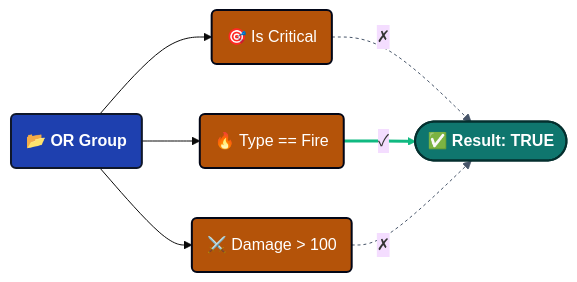
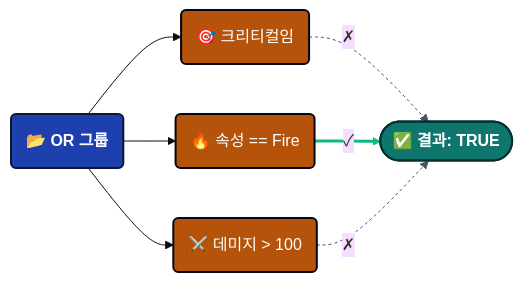
The second of 5 diagrams in i18n/ko/docusaurus-plugin-content-docs/current/game-event-system/visual-workflow/visual-condition-tree.md (tinygiants-tech/TinyGiants), drawn with Mermaid (base theme) before and after one commit. The commit also changed other lines of this file and 81 other files, not shown here.

````diff
--- a/i18n/ko/docusaurus-plugin-content-docs/current/game-event-system/visual-workflow/visual-condition-tree.md
+++ b/i18n/ko/docusaurus-plugin-content-docs/current/game-event-system/visual-workflow/visual-condition-tree.md
@@ -140,20 +140,20 @@
 ```mermaid
 graph LR
 
     classDef group fill:#1e40af,stroke:#0f172a,stroke-width:2px,color:#ffffff,font-weight:bold
     classDef cond fill:#b45309,stroke:#020617,stroke-width:2px,color:#ffffff
     classDef success fill:#0f766e,stroke:#042f2e,stroke-width:2px,color:#ffffff,font-weight:bold
 
-    A(📂 OR Group):::group
+    A(📂 OR 그룹):::group
     
-    A --> C1(🎯 Is Critical):::cond
-    A --> C2(🔥 Type == Fire):::cond
-    A --> C3(⚔️ Damage > 100):::cond
+    A --> C1(🎯 크리티컬임):::cond
+    A --> C2(🔥 속성 == Fire):::cond
+    A --> C3(⚔️ 데미지 > 100):::cond
 
-    C1 -- "✗" --> R([✅ Result: TRUE]):::success
+    C1 -- "✗" --> R([✅ 결과: TRUE]):::success
     C2 -- "✓" --> R
     C3 -- "✗" --> R
 
     linkStyle 3,5 stroke:#475569,stroke-width:1px,stroke-dasharray: 3 3
     linkStyle 4 stroke:#10b981,stroke-width:3px
 ```
````
